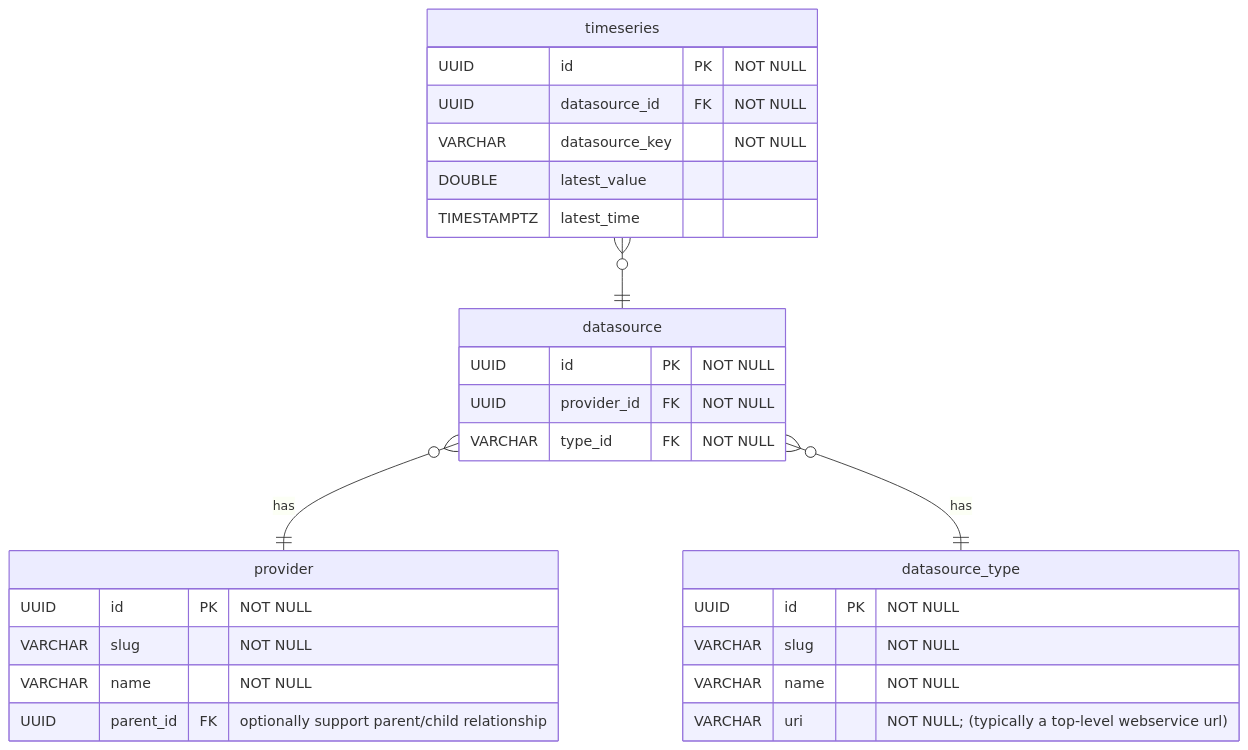
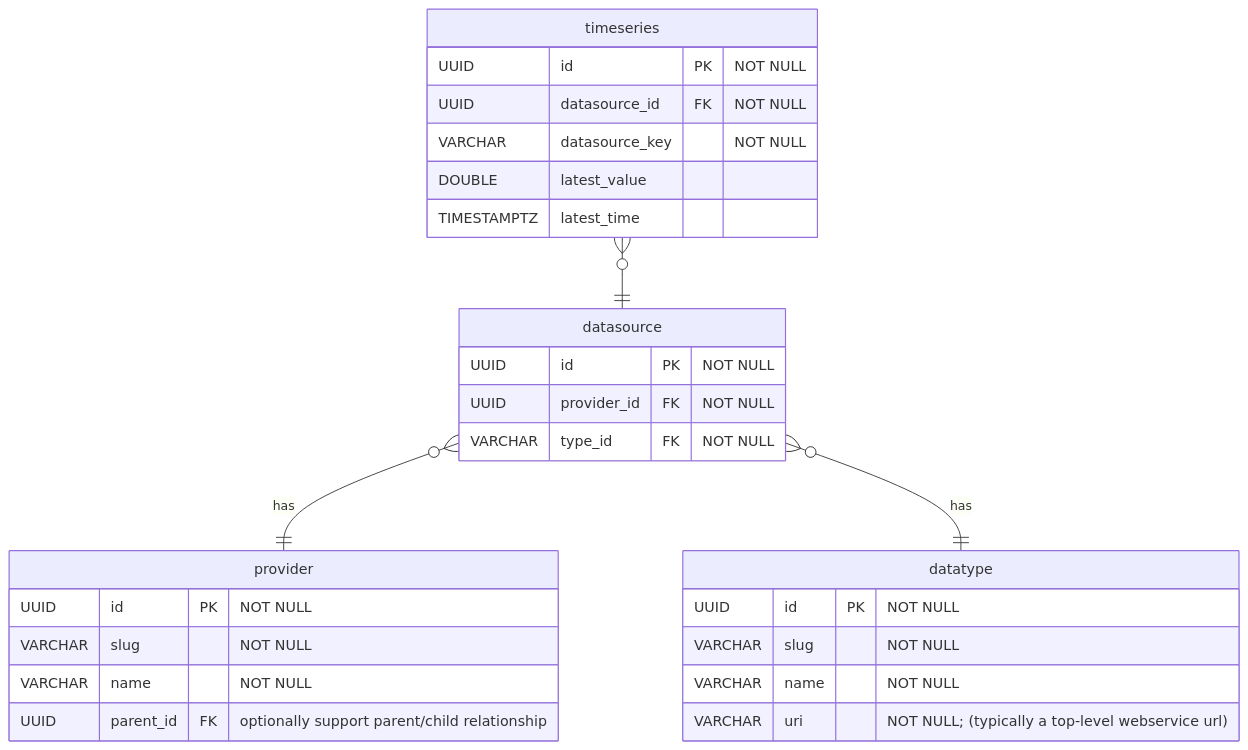
Before and after one commit to USACE/water: the diagram in models/timeseries.md, drawn with Mermaid. The commit also changed 2 other files, not shown here.

Commit message:
name change datasource_type --> datatype

````diff
--- a/models/timeseries.md
+++ b/models/timeseries.md
@@ -7,30 +7,30 @@
 ```mermaid
 erDiagram
     provider {
         UUID    id        PK "NOT NULL"
         VARCHAR slug         "NOT NULL"
         VARCHAR name         "NOT NULL"
         UUID    parent_id FK "optionally support parent/child relationship"
     }
-    datasource_type {
+    datatype {
         UUID   id    PK "NOT NULL"
         VARCHAR slug    "NOT NULL"
         VARCHAR name    "NOT NULL"
         VARCHAR uri     "NOT NULL; (typically a top-level webservice url)"
     }
     datasource }o--|| provider : has
-    datasource }o--|| datasource_type : has
+    datasource }o--|| datatype : has
     datasource {
         UUID    id          PK "NOT NULL"
         UUID    provider_id FK "NOT NULL"
         VARCHAR type_id     FK "NOT NULL"
     }
     timeseries }o--|| datasource : ""
     timeseries {
         UUID        id             PK "NOT NULL"
         UUID        datasource_id  FK "NOT NULL"
         VARCHAR     datasource_key    "NOT NULL"
         DOUBLE      latest_value
         TIMESTAMPTZ latest_time
     }
 ```
````
